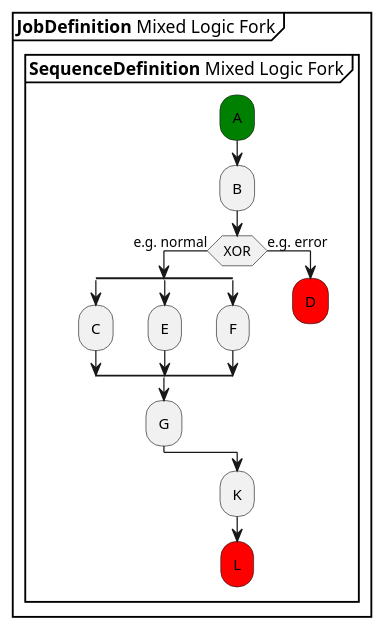
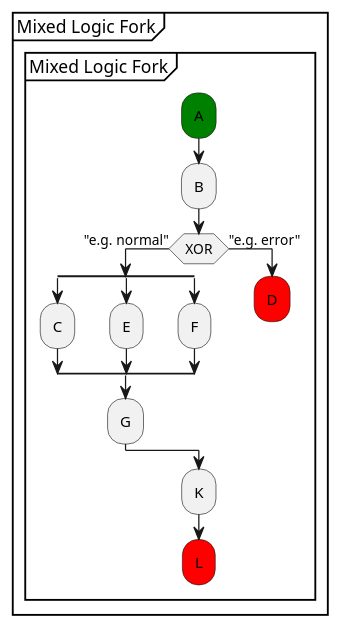
One commit to xtuml/munin changed the diagram in models/SequenceVerificationDataCentric/puml/Tutorial_8.puml. Above: the diagram before and after it, drawn with PlantUML. The commit also changed 21 other files, not shown here.

```diff
--- a/models/SequenceVerificationDataCentric/puml/Tutorial_8.puml
+++ b/models/SequenceVerificationDataCentric/puml/Tutorial_8.puml
@@ -7,23 +7,24 @@
 @startuml 
-partition "**JobDefinition** Mixed Logic Fork" {
-group **SequenceDefinition** Mixed Logic Fork
+partition "Mixed Logic Fork" {
+group "Mixed Logic Fork"
       #green:A;
       :B;
-  if (XOR) then (e.g. normal)
+  if (XOR) then ("e.g. normal")
     split
       :C;
     split again  
       :E;
     split again  
       :F;
     end split  
       :G;
-  else (e.g. error)
+  else ("e.g. error")
       #red:D;
       detach
   endif
       :K;
       #red:L;
+      detach
 end group
 }      
 @enduml
```
